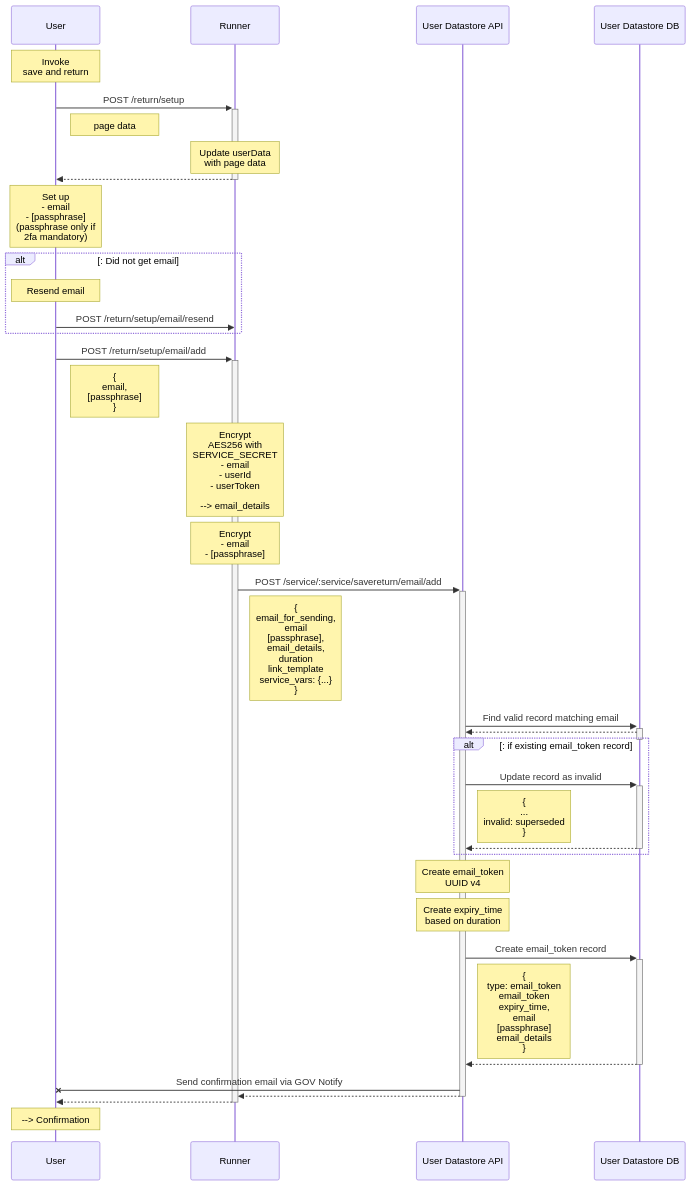
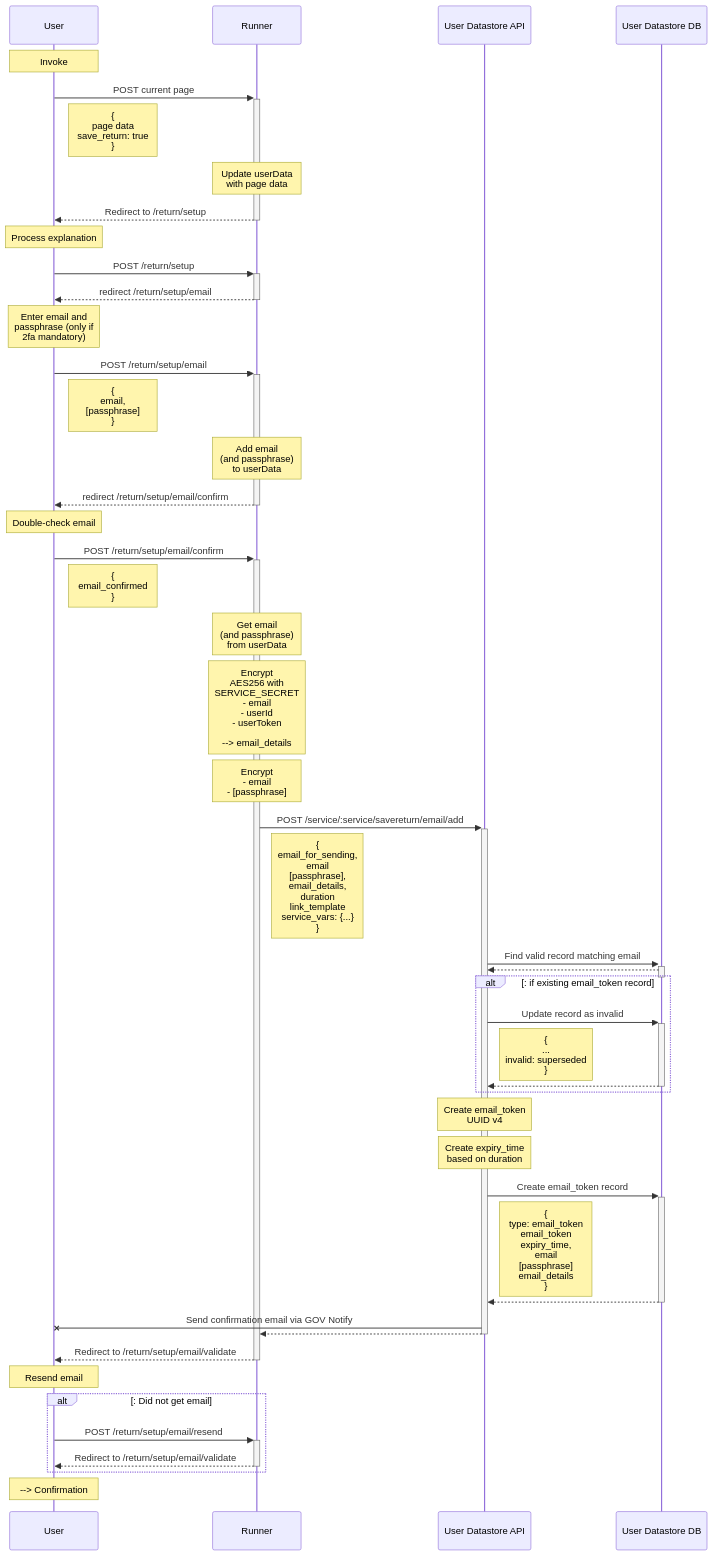
One commit to ministryofjustice/form-builder changed the diagram in documentation/save-and-return/images/save-return--email-add.mmd. Above: the diagram before and after it, drawn with Mermaid. The commit also changed 30 other files, not shown here.

Commit message:
Updated with correct urls and full flow

```diff
--- a/documentation/save-and-return/images/save-return--email-add.mmd
+++ b/documentation/save-and-return/images/save-return--email-add.mmd
@@ -1,73 +1,92 @@
 sequenceDiagram
 
 participant U as User
 
 participant R as Runner
 
 participant DS as User Datastore API
 
 participant DB as User Datastore DB
 
-Note over U: Invoke <br>save and return
+Note over U: Invoke
+
+U->>+R: POST current page
+
+Note right of U: {<br>  page data<br>  save_return: true<br>}
+
+Note over R: Update userData<br>with page data
+
+R-->>-U: Redirect to /return/setup
+
+Note over U: Process explanation
 
 U->>+R: POST /return/setup
 
-Note right of U: page data
+R-->>-U: redirect /return/setup/email
 
-Note over R: Update userData<br>with page data
+Note over U: Enter email and <br>passphrase (only if <br>2fa mandatory)
 
-R-->>-U: 
-
-Note over U: Set up<br>- email<br>- [passphrase]<br>(passphrase only if <br>2fa mandatory)
-
-alt: Did not get email
-
-  Note over U: Resend email
-
-  U->>R: POST /return/setup/email/resend
-
-end
-
-U->>+R: POST /return/setup/email/add
+U->>+R: POST /return/setup/email
 
 Note right of U: {<br>email,<br>[passphrase]<br>}
 
+Note over R: Add email <br>(and passphrase) <br>to userData
+
+R-->>-U: redirect /return/setup/email/confirm
+
+Note over U: Double-check email
+
+U->>+R: POST /return/setup/email/confirm
+
+Note right of U: {<br>email_confirmed<br>}
+
+Note over R: Get email <br>(and passphrase) <br>from userData
 Note over R: Encrypt<br>AES256 with<br>SERVICE_SECRET<br>- email<br>- userId<br>- userToken<br><br>--> email_details
 
 Note over R: Encrypt <br>- email<br>- [passphrase]
 
 R->>+DS: POST /service/:service/savereturn/email/add
 
 Note right of R: {<br>email_for_sending,<br>email<br>[passphrase],<br>email_details,<br>duration<br>link_template<br>service_vars: {...}<br>}
 
 DS->>+DB: Find valid record matching email
 
 DB-->>-DS: 
 
 alt: if existing email_token record
 
   DS->>+DB: Update record as invalid
 
   Note right of DS: {<br>...<br>invalid: superseded<br>}
 
   DB-->>-DS: 
 
 end
 
 Note over DS: Create email_token<br>UUID v4
 
 Note over DS: Create expiry_time<br>based on duration
 
 DS->>+DB: Create email_token record 
 
 Note right of DS: { <br>type: email_token<br>email_token<br>expiry_time,<br>email<br>[passphrase]<br>email_details<br> }
 
 DB-->>-DS: 
 
 DS-XU: Send confirmation email via GOV Notify
 
 DS-->>-R:  
 
-R-->>-U: 
+R-->>-U: Redirect to /return/setup/email/validate
+
+Note over U: Resend email
+
+alt: Did not get email
+
+  U->>+R: POST /return/setup/email/resend
+
+  R-->>-U: Redirect to /return/setup/email/validate
+
+end
 
 Note over U: --> Confirmation
```
